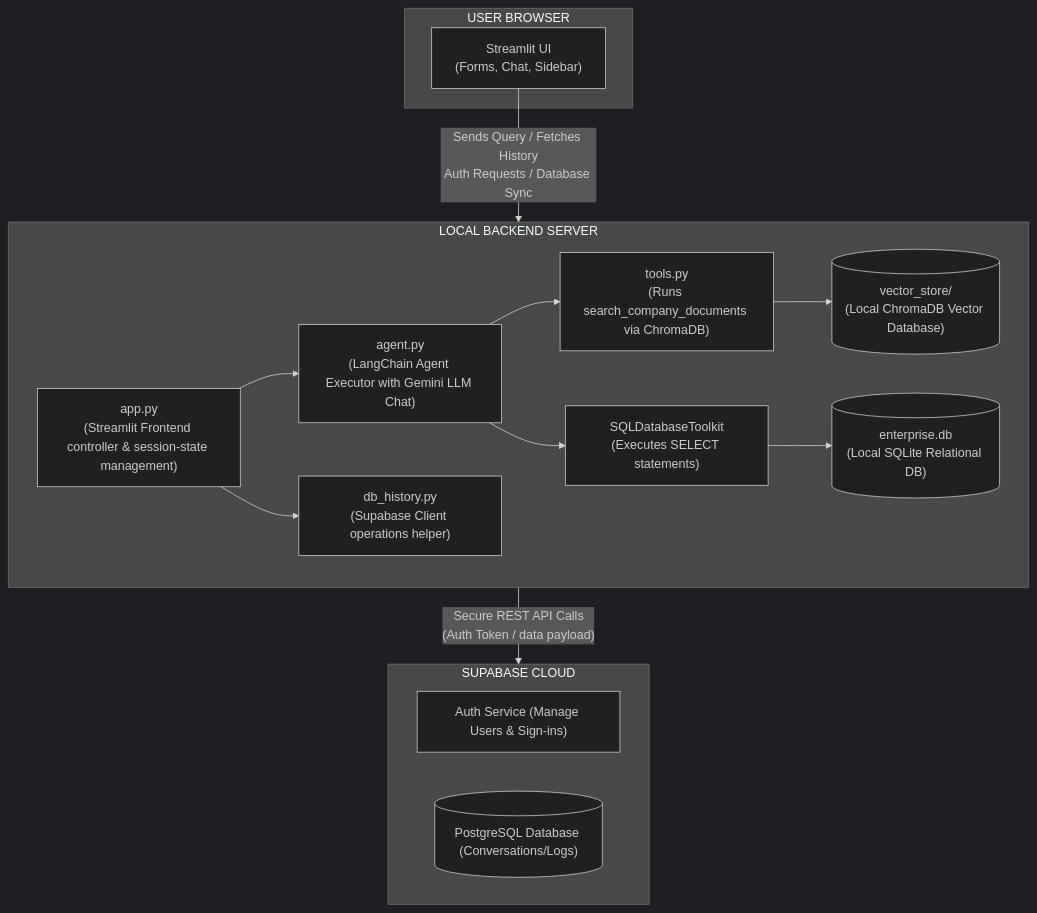
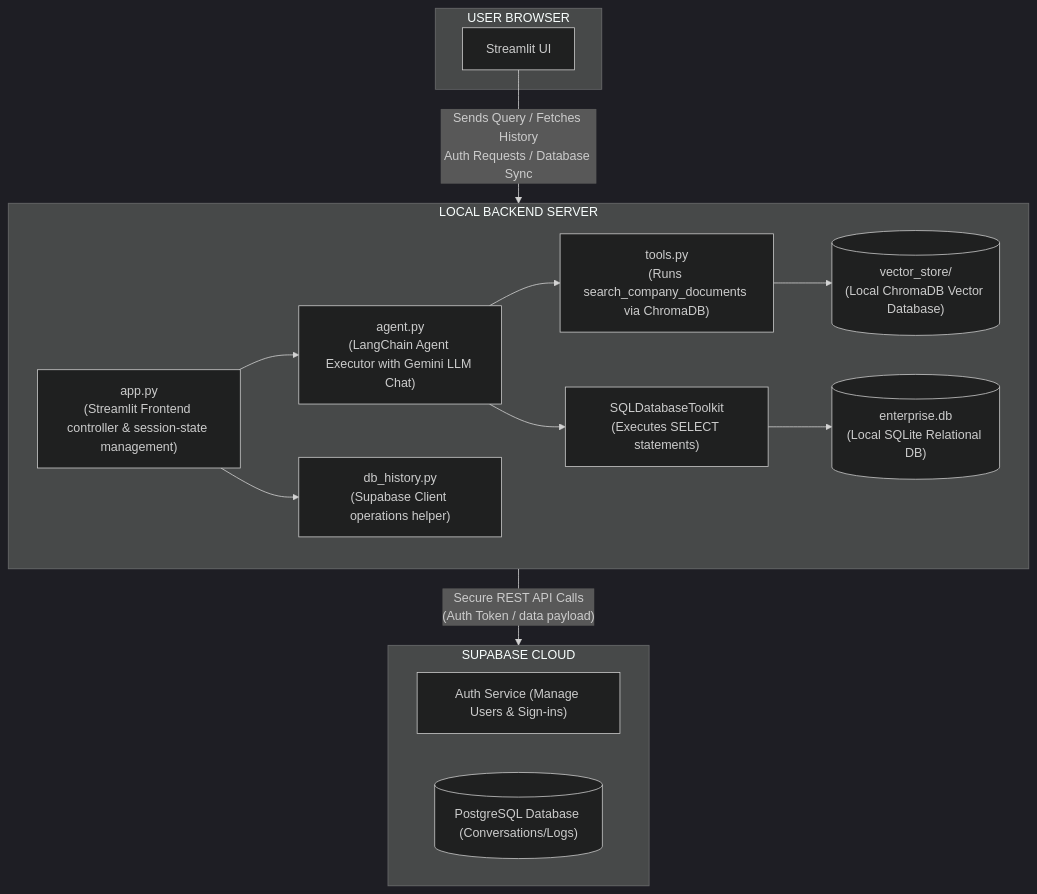
One commit to snehawalve/BizWhisperer-Smart-AI-Data-Agent changed the diagram in README.md. Above: the diagram before and after it, drawn with Mermaid (dark theme).

Commit message:
Fix formatting in README.md for Streamlit UI

````diff
--- a/README.md
+++ b/README.md
@@ -29,31 +29,31 @@
 ```mermaid
 flowchart TD
     subgraph Browser ["USER BROWSER"]
-        UI["Streamlit UI<br/>(Forms, Chat, Sidebar)"]
+        UI["Streamlit UI<br/>"]
     end
 
     subgraph Server ["LOCAL BACKEND SERVER"]
         APP["app.py<br/>(Streamlit Frontend controller & session-state management)"]
         AGENT["agent.py<br/>(LangChain Agent Executor with Gemini LLM Chat)"]
         TOOLS["tools.py<br/>(Runs search_company_documents via ChromaDB)"]
         CHROMA[("vector_store/<br/>(Local ChromaDB Vector Database)")]
         SQL_TOOL["SQLDatabaseToolkit<br/>(Executes SELECT statements)"]
         SQLITE[("enterprise.db<br/>(Local SQLite Relational DB)")]
         DB_HIST["db_history.py<br/>(Supabase Client operations helper)"]
 
         APP --> AGENT
         AGENT --> TOOLS
         TOOLS --> CHROMA
         AGENT --> SQL_TOOL
         SQL_TOOL --> SQLITE
         APP --> DB_HIST
     end
 
     subgraph Cloud ["SUPABASE CLOUD"]
         AUTH["Auth Service (Manage Users & Sign-ins)"]
         POSTGRES[("PostgreSQL Database (Conversations/Logs)")]
     end
 
     UI -->|"Sends Query / Fetches History<br/>Auth Requests / Database Sync"| Server
     Server -->|"Secure REST API Calls<br/>(Auth Token / data payload)"| Cloud
 ```
````
